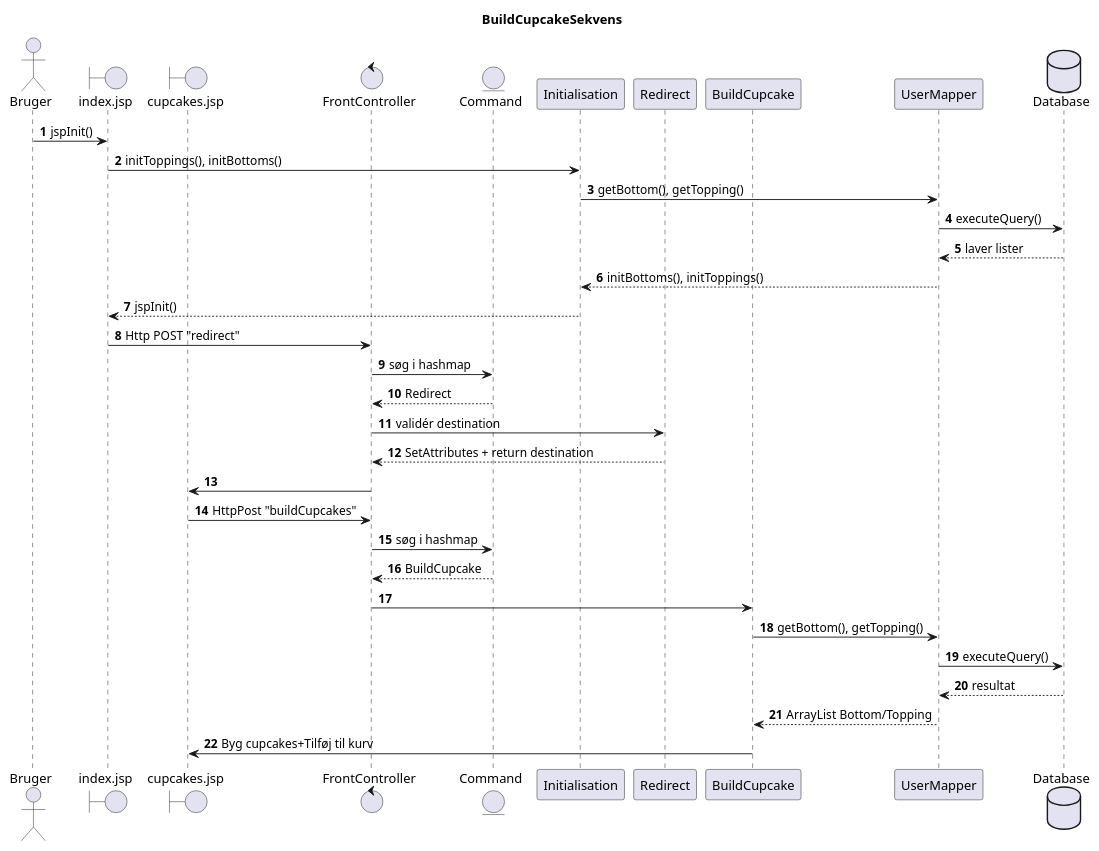
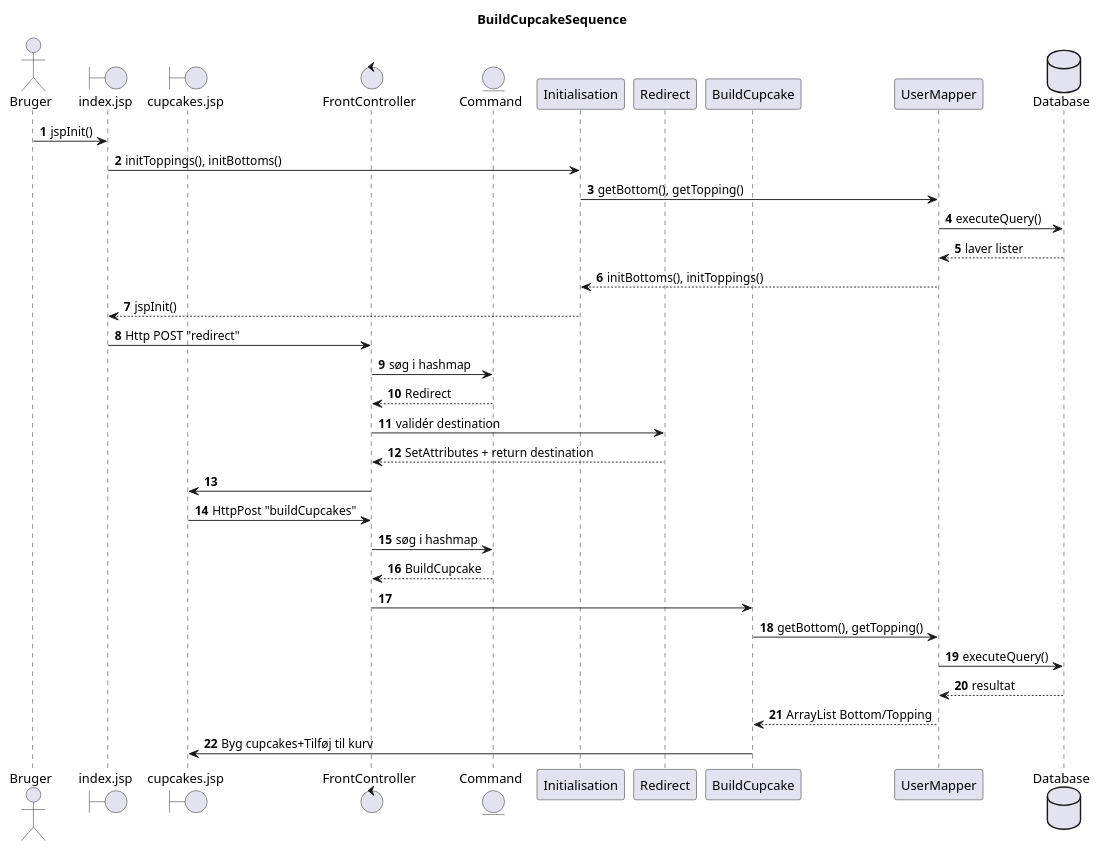
Before and after one commit to UtilExe/Cupcakes: the diagram in data/Diagrammer/BuildCupcakeSekvensdiagram.puml, drawn with PlantUML. The commit also changed 2 other files, not shown here.

Commit message:
Justeringer på diagrammerne

```diff
--- a/data/Diagrammer/BuildCupcakeSekvensdiagram.puml
+++ b/data/Diagrammer/BuildCupcakeSekvensdiagram.puml
@@ -1,39 +1,39 @@
 @startuml
 
-title BuildCupcakeSekvens
+title BuildCupcakeSequence
 autonumber
 actor Bruger
 boundary index.jsp
 boundary cupcakes.jsp
 control FrontController
 entity Command
 participant Initialisation
 participant Redirect
 participant BuildCupcake
 participant UserMapper
 database Database
 Bruger -> index.jsp : jspInit()
 index.jsp -> Initialisation : initToppings(), initBottoms()
 Initialisation -> UserMapper : getBottom(), getTopping()
 UserMapper -> Database : executeQuery()
 Database --> UserMapper : laver lister
 UserMapper --> Initialisation : initBottoms(), initToppings()
 Initialisation --> index.jsp : jspInit()
 index.jsp -> FrontController : Http POST "redirect"
 FrontController -> Command : søg i hashmap
 Command --> FrontController : Redirect
 FrontController -> Redirect : validér destination
 Redirect --> FrontController : SetAttributes + return destination
 
 FrontController -> cupcakes.jsp
 cupcakes.jsp -> FrontController : HttpPost "buildCupcakes"
 FrontController -> Command : søg i hashmap
 Command --> FrontController : BuildCupcake
 FrontController -> BuildCupcake
 BuildCupcake -> UserMapper : getBottom(), getTopping()
 UserMapper -> Database : executeQuery()
 Database --> UserMapper : resultat
 UserMapper --> BuildCupcake : ArrayList Bottom/Topping
 BuildCupcake -> cupcakes.jsp : Byg cupcakes+Tilføj til kurv
 
 @enduml
```
